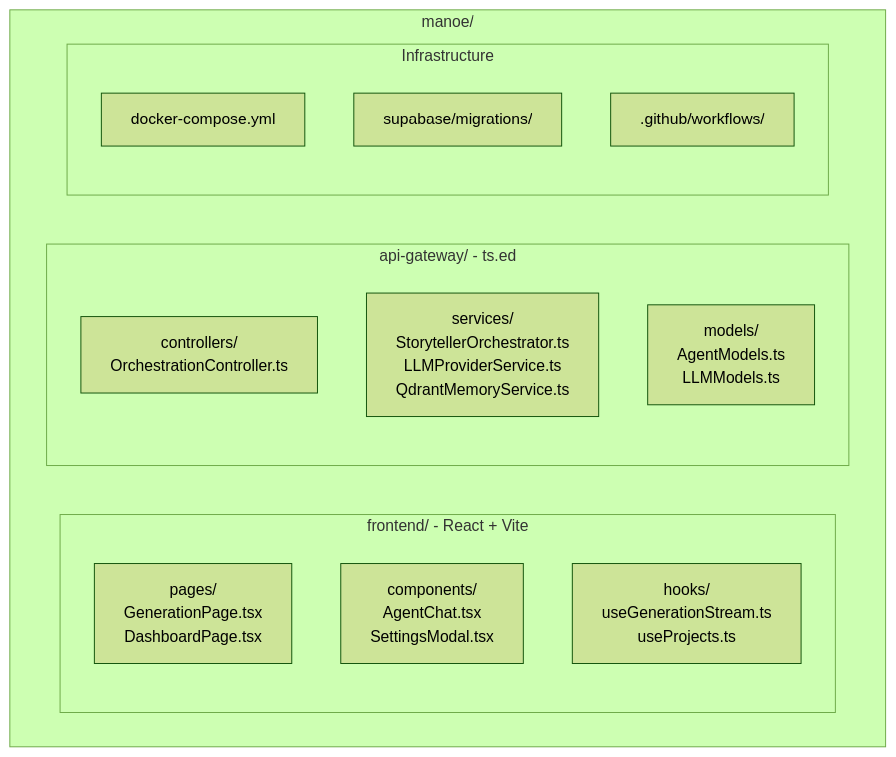
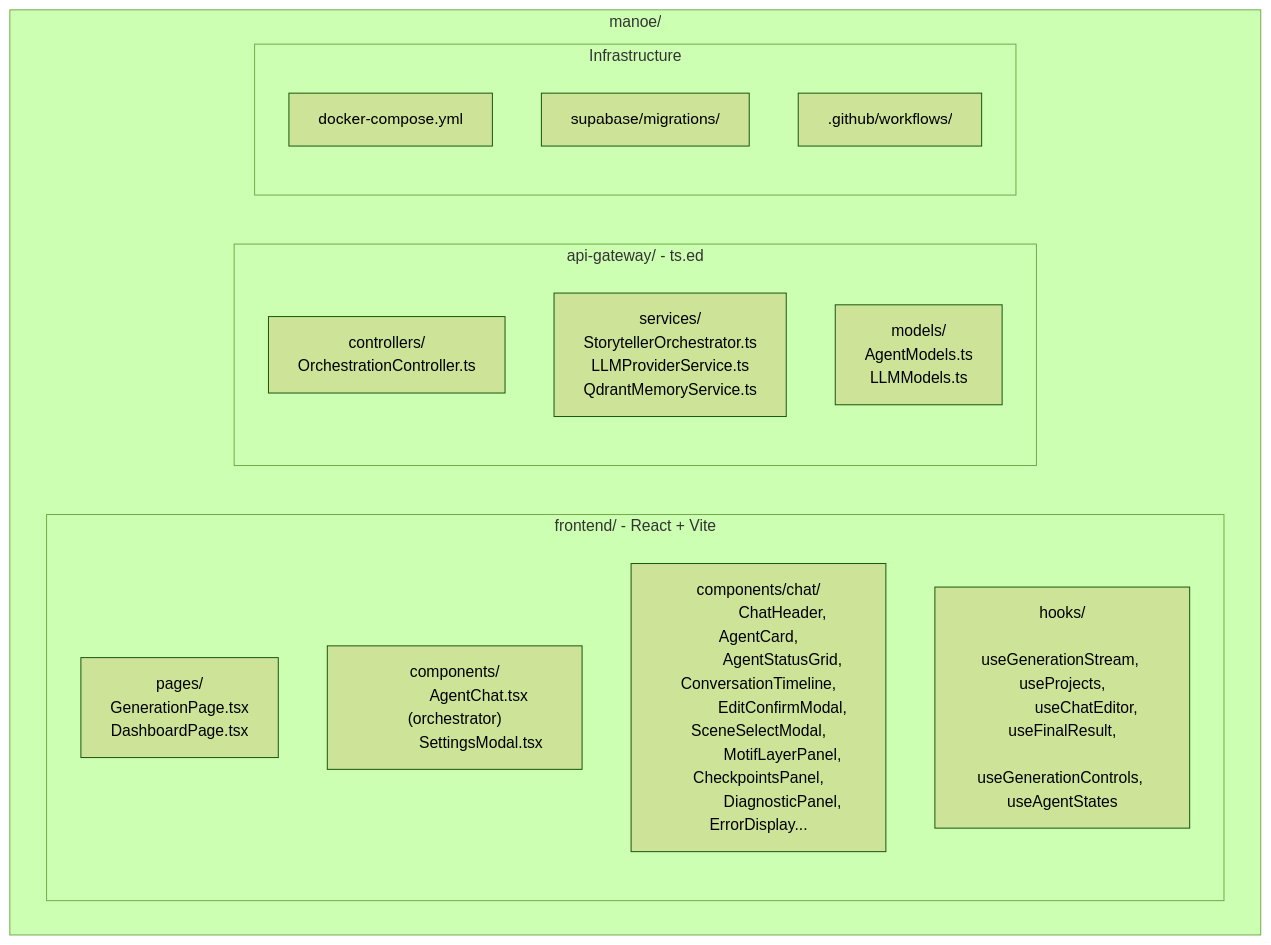
Before and after one commit to IShalkin/manoe: the seventh of 9 diagrams in README.md, drawn with Mermaid (forest theme). The commit also changed other lines of this file, not shown here.

First line of the commit message:
docs: update README with modular AgentChat architecture

````diff
--- a/README.md
+++ b/README.md
@@ -386,34 +386,41 @@
 ```mermaid
 flowchart TB
     subgraph Root["manoe/"]
         subgraph FE["frontend/ - React + Vite"]
             FE_Pages["pages/
             GenerationPage.tsx
             DashboardPage.tsx"]
             FE_Comp["components/
-            AgentChat.tsx
+            AgentChat.tsx (orchestrator)
             SettingsModal.tsx"]
+            FE_Chat["components/chat/
+            ChatHeader, AgentCard,
+            AgentStatusGrid, ConversationTimeline,
+            EditConfirmModal, SceneSelectModal,
+            MotifLayerPanel, CheckpointsPanel,
+            DiagnosticPanel, ErrorDisplay..."]
             FE_Hooks["hooks/
-            useGenerationStream.ts
-            useProjects.ts"]
+            useGenerationStream, useProjects,
+            useChatEditor, useFinalResult,
+            useGenerationControls, useAgentStates"]
         end
         
         subgraph GW["api-gateway/ - ts.ed"]
             GW_Ctrl["controllers/
             OrchestrationController.ts"]
             GW_Svc["services/
             StorytellerOrchestrator.ts
             LLMProviderService.ts
             QdrantMemoryService.ts"]
             GW_Models["models/
             AgentModels.ts
             LLMModels.ts"]
         end
         
         subgraph Infra["Infrastructure"]
             Docker["docker-compose.yml"]
             Supabase["supabase/migrations/"]
             GHA[".github/workflows/"]
         end
     end
 ```
````
